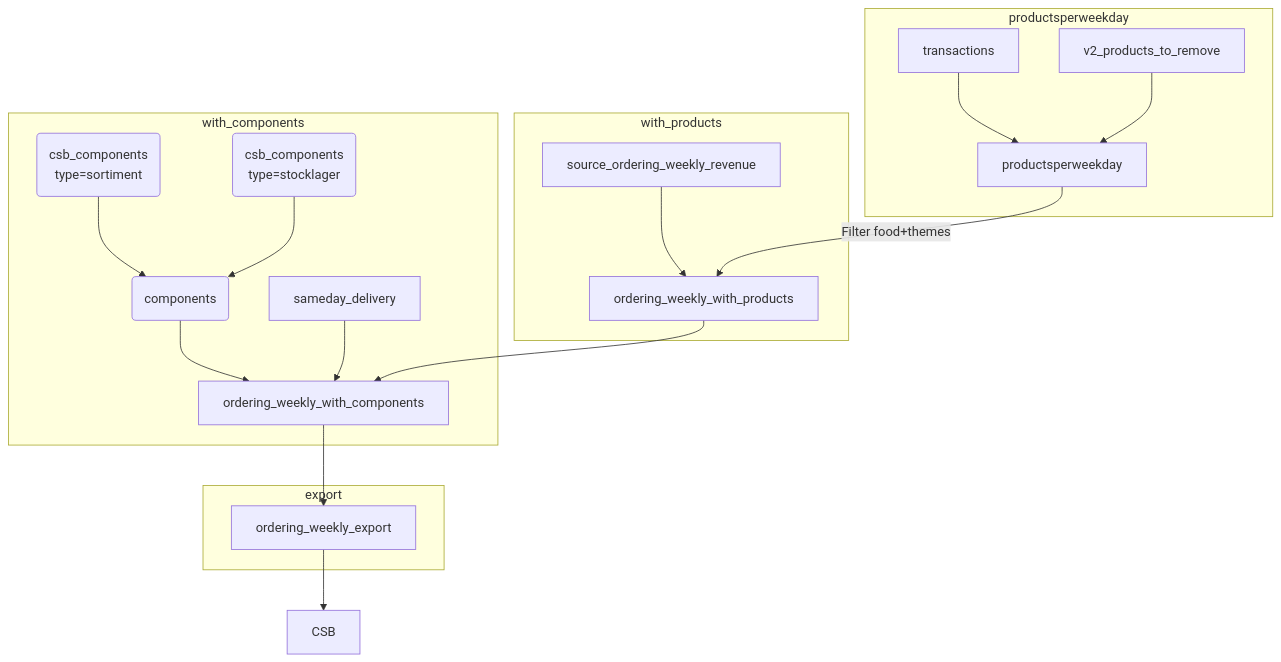
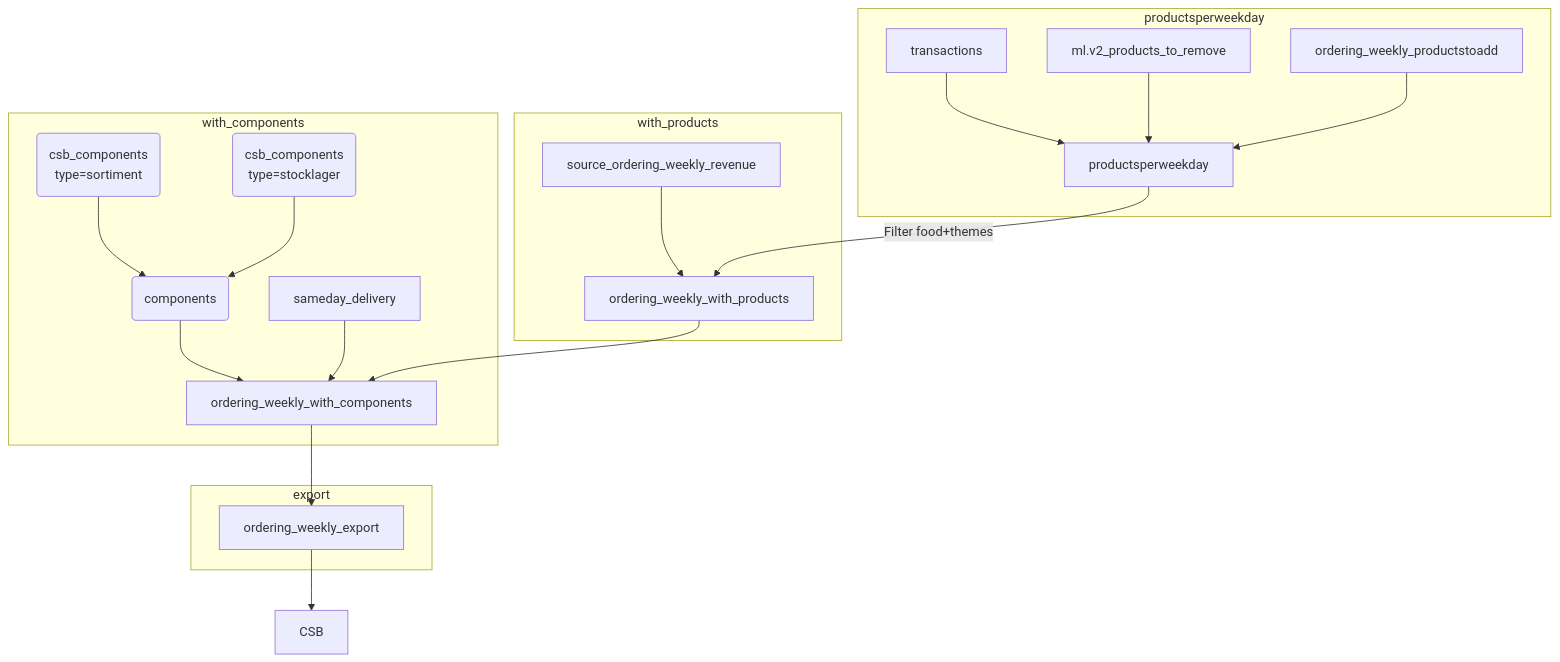
Before and after one commit to RudolfHattenkofer/brain: the diagram in HBH.md, drawn with Mermaid.

Commit message:
vault backup: 2022-10-23 19:14:42

````diff
--- a/HBH.md
+++ b/HBH.md
@@ -3,27 +3,28 @@
 ```mermaid
 graph TD;
 	subgraph D[productsperweekday]
 		transactions --> productsperweekday
-		v2_products_to_remove --> productsperweekday
+		ml.v2_products_to_remove --> productsperweekday
+		ordering_weekly_productstoadd --> productsperweekday
 		productsperweekday[productsperweekday]
 	end
 	subgraph C[with_products]
 		productsperweekday-- Filter food+themes -->with_products
 		source_ordering_weekly_revenue-->with_products
 		with_products[ordering_weekly_with_products]
 	end
 	subgraph B[with_components]
 		csb_sortiment(csb_components<br />type=sortiment)-->components
 		csb_stocklager(csb_components<br />type=stocklager)-->components
 		components(components)-->with_components
 		with_products-->with_components
 		sameday_delivery-->with_components
 		with_components[ordering_weekly_with_components]
 	end
 	subgraph A[export]
 		export[ordering_weekly_export]
 	end
 	
 	export-->CSB
 	with_components-->export
 ```
````
